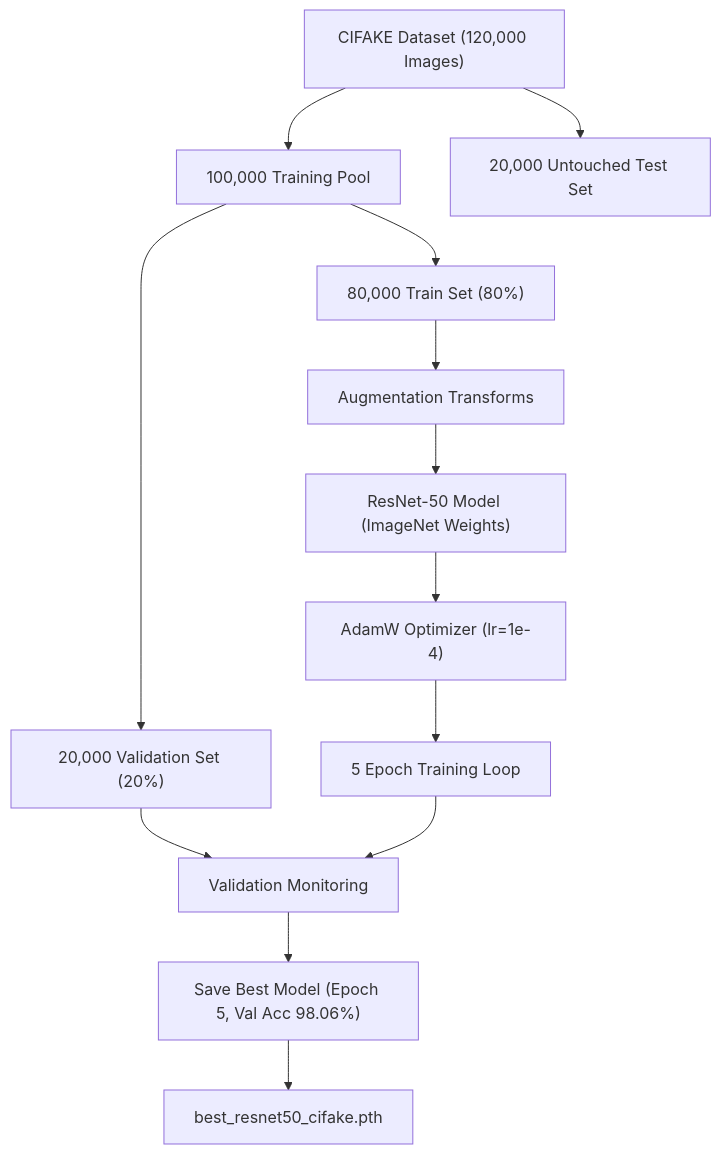
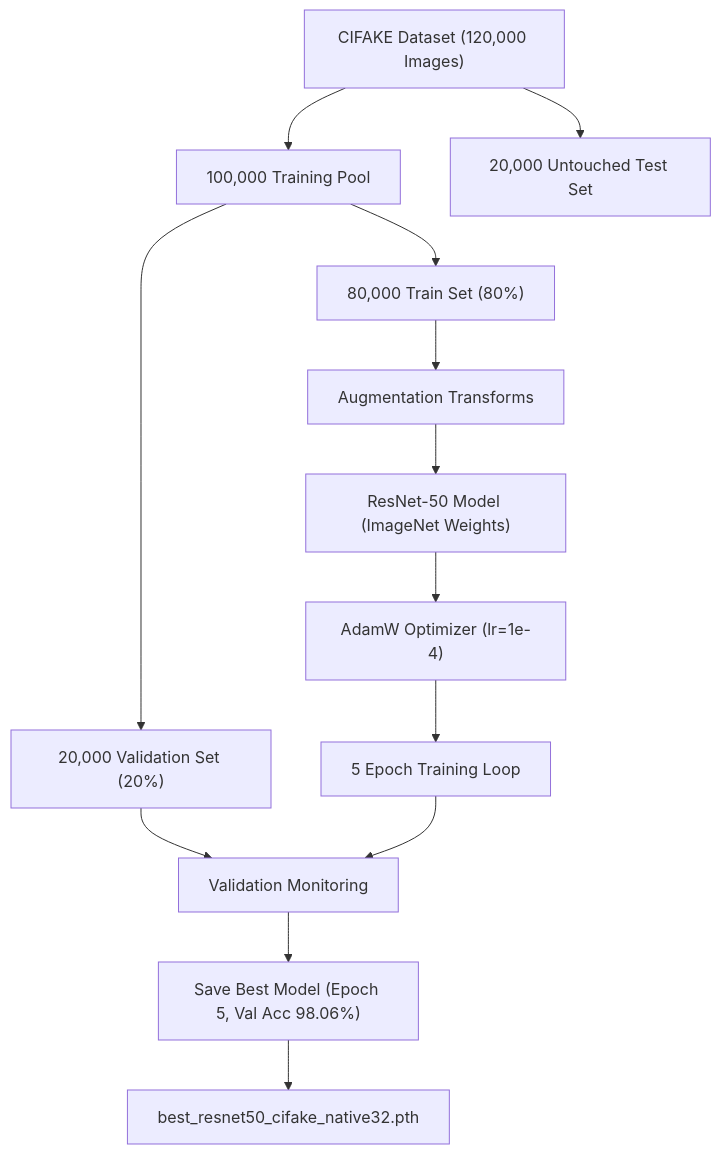
The second of 3 diagrams in docs/02_system_architecture.md (rominkevadiya/ALGONAUTS_INTERNAL_LJ_HACK), drawn with Mermaid before and after one commit. The commit also changed other lines of this file and 5 other files, not shown here.

````diff
--- a/docs/02_system_architecture.md
+++ b/docs/02_system_architecture.md
@@ -48,15 +48,15 @@
 ```mermaid
 graph TD
     Dataset["CIFAKE Dataset (120,000 Images)"] --> Pool["100,000 Training Pool"]
     Dataset --> TestSet["20,000 Untouched Test Set"]
     Pool --> TrainSplit["80,000 Train Set (80%)"]
     Pool --> ValSplit["20,000 Validation Set (20%)"]
     TrainSplit --> Augment["Augmentation Transforms"]
     Augment --> ResNet["ResNet-50 Model (ImageNet Weights)"]
     ResNet --> AdamW["AdamW Optimizer (lr=1e-4)"]
     AdamW --> Epochs["5 Epoch Training Loop"]
     ValSplit --> Monitor["Validation Monitoring"]
     Epochs --> Monitor
     Monitor --> BestSave["Save Best Model (Epoch 5, Val Acc 98.06%)"]
-    BestSave --> CheckpointFile["best_resnet50_cifake.pth"]
+    BestSave --> CheckpointFile["best_resnet50_cifake_native32.pth"]
 ```
````
